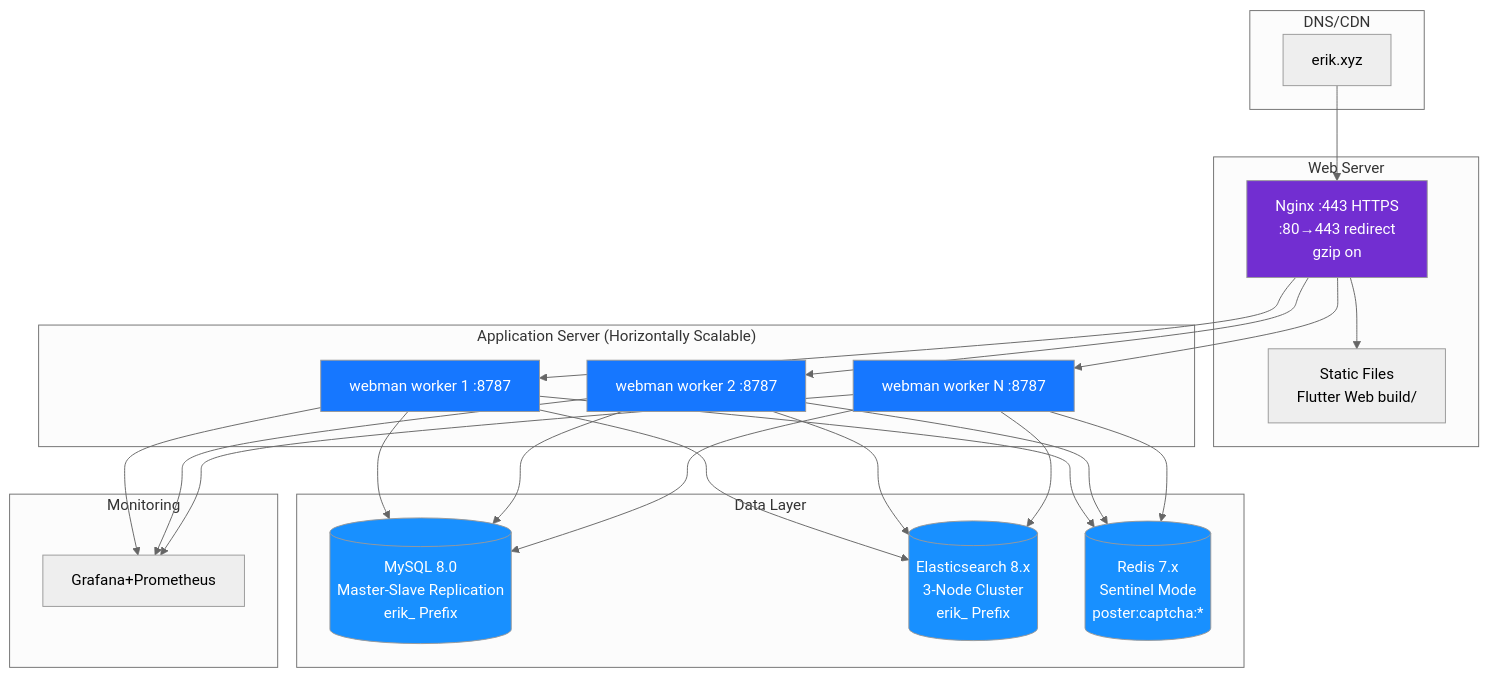
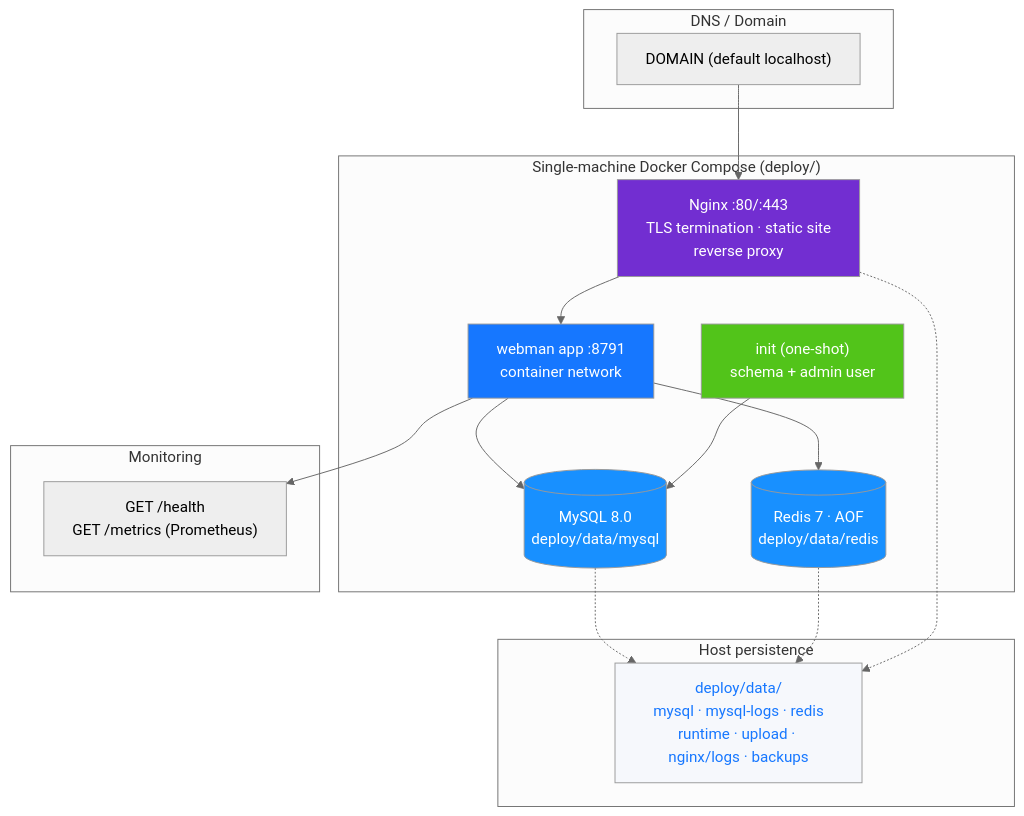
One commit to erikwang2013/open-admin changed the diagram in docs/diagrams/12-deployment.en.md. Above: the diagram before and after it, drawn with Mermaid (neutral theme). The commit also changed other lines of this file and 465 other files, not shown here.

````diff
--- a/docs/diagrams/12-deployment.en.md
+++ b/docs/diagrams/12-deployment.en.md
@@ -7,45 +7,39 @@
 ```mermaid
 flowchart TB
-    subgraph dns["DNS/CDN"]
-        domain["erik.xyz"]
+    subgraph dns["DNS / Domain"]
+        domain["DOMAIN (default localhost)"]
     end
 
-    subgraph web["Web Server"]
-        nginx["Nginx :443 HTTPS<br/>:80→443 redirect<br/>gzip on"]
-        static["Static Files<br/>Flutter Web build/"]
+    subgraph host["Single-machine Docker Compose (deploy/)"]
+        nginx["Nginx :80/:443<br/>TLS termination · static site<br/>reverse proxy"]
+        bootstrap["init (one-shot)<br/>schema + admin user"]
+        wm["webman app :8791<br/>container network"]
+        mysql[("MySQL 8.0<br/>deploy/data/mysql")]
+        redis[("Redis 7 · AOF<br/>deploy/data/redis")]
     end
 
-    subgraph app["Application Server (Horizontally Scalable)"]
-        wm1["webman worker 1 :8787"]
-        wm2["webman worker 2 :8787"]
-        wm3["webman worker N :8787"]
-    end
-
-    subgraph data["Data Layer"]
-        mysql[("MySQL 8.0<br/>Master-Slave Replication<br/>erik_ Prefix")]
-        es[("Elasticsearch 8.x<br/>3-Node Cluster<br/>erik_ Prefix")]
-        redis[("Redis 7.x<br/>Sentinel Mode<br/>poster:captcha:*")]
+    subgraph persist["Host persistence"]
+        data["deploy/data/<br/>mysql · mysql-logs · redis<br/>runtime · upload · nginx/logs · backups"]
     end
 
     subgraph monitor["Monitoring"]
-        grafana["Grafana+Prometheus"]
+        health["GET /health<br/>GET /metrics (Prometheus)"]
     end
 
     domain --> nginx
-    nginx --> static
-    nginx --> wm1
-    nginx --> wm2
-    nginx --> wm3
-    wm1 & wm2 & wm3 --> mysql
-    wm1 & wm2 & wm3 --> es
-    wm1 & wm2 & wm3 --> redis
-    wm1 & wm2 & wm3 --> grafana
+    nginx --> wm
+    wm --> mysql
+    wm --> redis
+    bootstrap --> mysql
+    mysql -.-> data
+    redis -.-> data
+    nginx -.-> data
+    wm --> health
 
     style nginx fill:#722ED1,color:#fff
-    style wm1 fill:#1677FF,color:#fff
-    style wm2 fill:#1677FF,color:#fff
-    style wm3 fill:#1677FF,color:#fff
+    style bootstrap fill:#52C41A,color:#fff
+    style wm fill:#1677FF,color:#fff
     style mysql fill:#1890FF,color:#fff
-    style es fill:#1890FF,color:#fff
     style redis fill:#1890FF,color:#fff
+    style data fill:#F6F8FC,color:#1677FF
 ```
````
